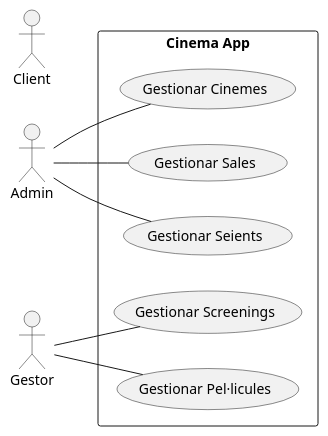
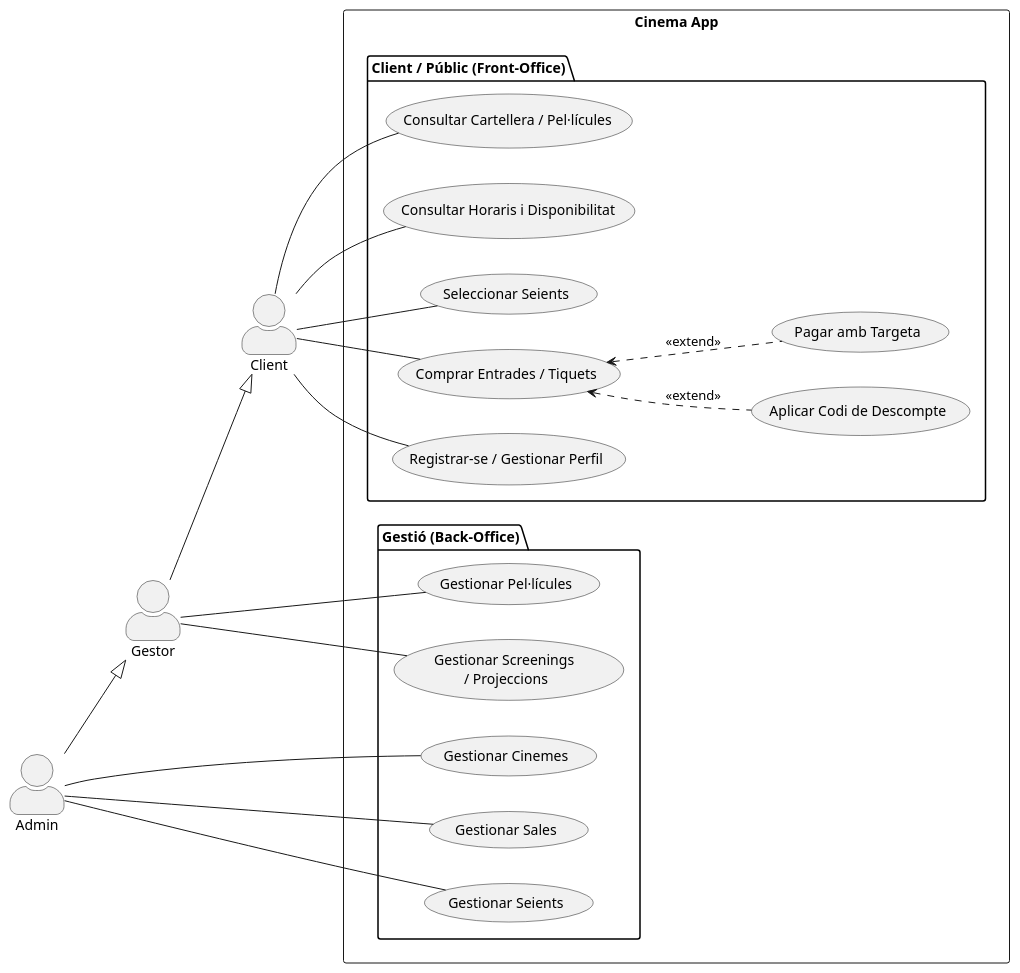
Before and after one commit to ins-vib/projecte-cinema-jopo738-web: the diagram in UML/casos_us.puml, drawn with PlantUML. The commit also changed other lines of this file and 41 other files, not shown here.

```diff
--- a/UML/casos_us.puml
+++ b/UML/casos_us.puml
@@ -1,16 +2,43 @@
 @startuml
+skinparam actorStyle awesome
 left to right direction
 
+actor Client
+actor Gestor
 actor Admin
-actor Gestor
-actor Client
 
-rectangle "Cinema App"{
-  Admin -- (Gestionar Cinemes)
-  Admin -- (Gestionar Sales)
-  Admin -- (Gestionar Seients)
+' Relacions d'herència: L'Admin pot fer el mateix que el Gestor,
+' i el Gestor el mateix que el Client (per provar el sistema).
+Admin --|> Gestor
+Gestor --|> Client
 
-  Gestor -- (Gestionar Screenings)
-  Gestor -- (Gestionar Pel·licules)
+rectangle "Cinema App" {
+
+    package "Gestió (Back-Office)" {
+        ' Casos d'ús exclusius d'Admin
+        Admin -- (Gestionar Cinemes)
+        Admin -- (Gestionar Sales)
+        Admin -- (Gestionar Seients)
+
+        ' Casos d'ús del Gestor (i Admin per herència)
+        Gestor -- (Gestionar Pel·lícules)
+        Gestor -- (Gestionar Screenings \n/ Projeccions)
+        
+    }
+
+    package "Client / Públic (Front-Office)" {
+        ' Casos d'ús de Client (Gestor i Admin per herència)
+        Client -- (Consultar Cartellera / Pel·lícules)
+        Client -- (Consultar Horaris i Disponibilitat)
+        Client -- (Seleccionar Seients)
+        Client -- (Comprar Entrades / Tiquets)
+        Client -- (Registrar-se / Gestionar Perfil)
+
+        ' Relacions d'inclusió i extensió per a la compra
+        
+        (Comprar Entrades / Tiquets) <.. (Aplicar Codi de Descompte) : <<extend>>
+        (Comprar Entrades / Tiquets) <.. (Pagar amb Targeta) : <<extend>>
+    }
+
 }
 @enduml
```
